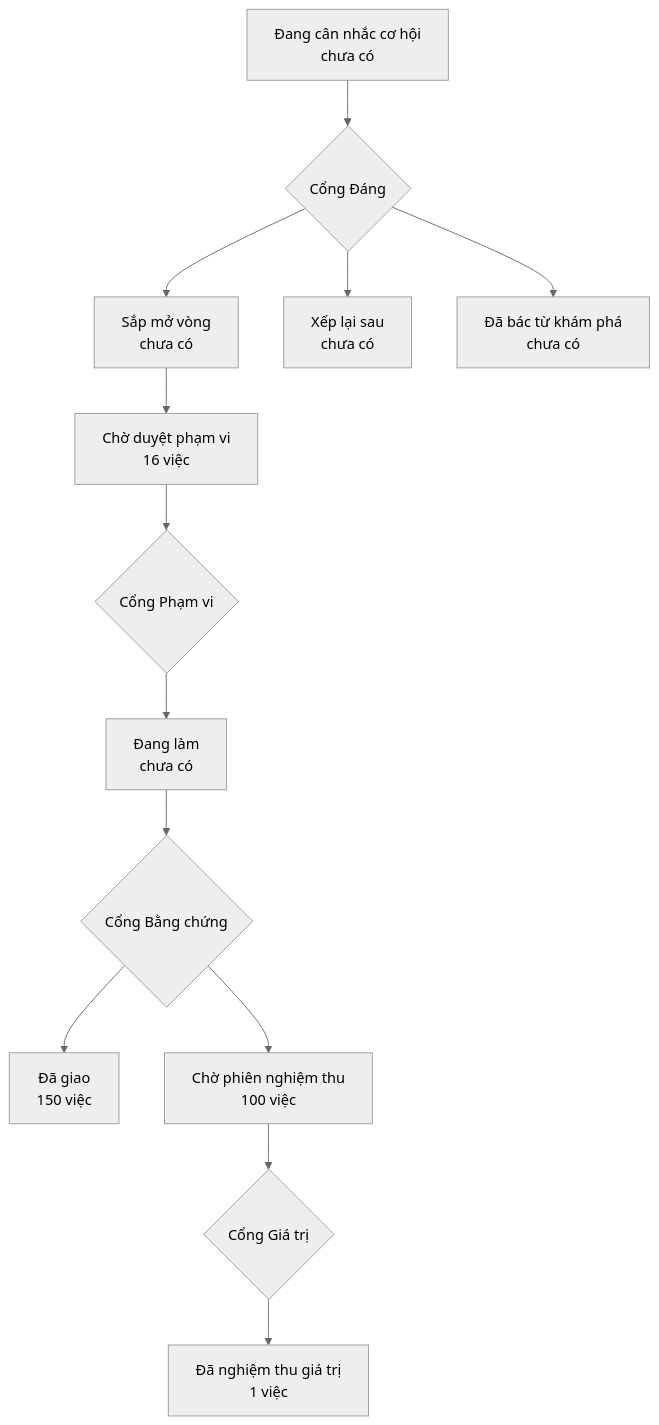
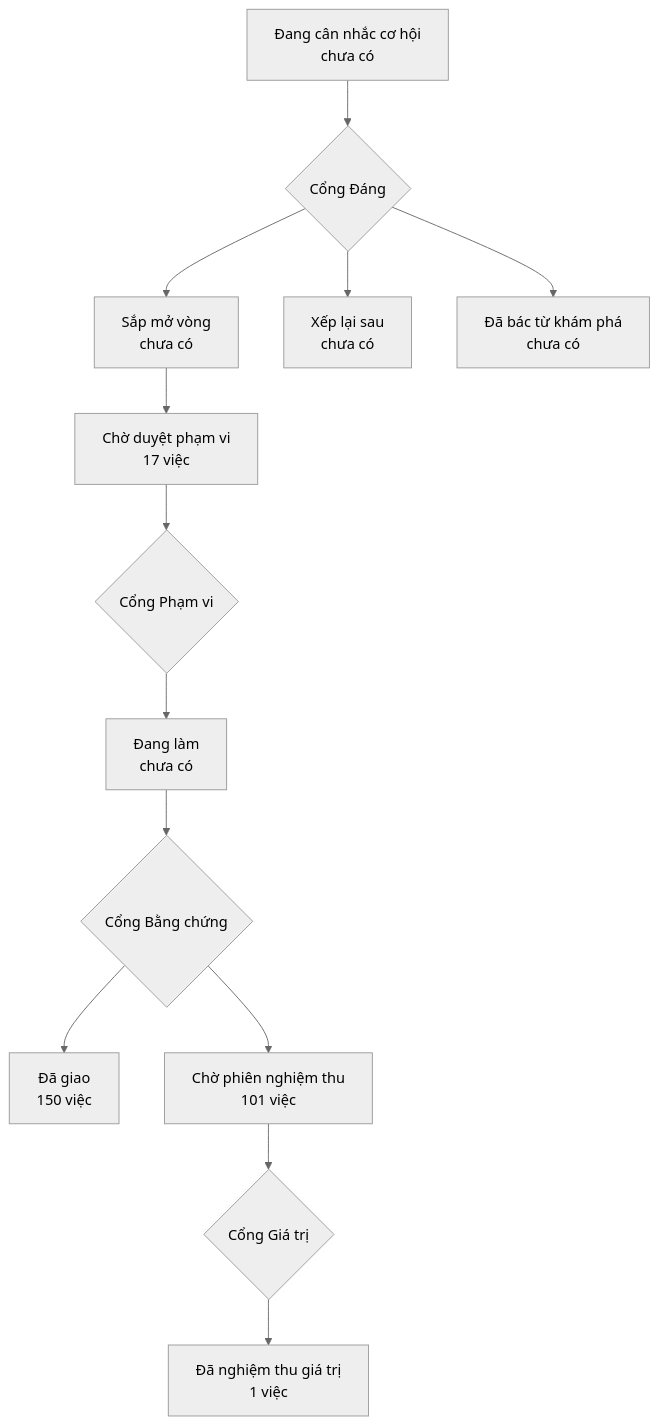
The diagram in PRODUCT-MAP.md (phanlemanh/onehub-invest), drawn with Mermaid (neutral theme) before and after one commit. The commit also changed other lines of this file and 1 other file, not shown here.

Commit message:
docs(acceptance): vẽ lại bản đồ sản phẩm sau khi gộp main

````diff
--- a/PRODUCT-MAP.md
+++ b/PRODUCT-MAP.md
@@ -7,12 +7,12 @@
 ```mermaid
 flowchart TD
   A["Đang cân nhắc cơ hội<br/>chưa có"] --> GD{"Cổng Đáng"}
   GD --> B["Sắp mở vòng<br/>chưa có"]
   GD --> XL["Xếp lại sau<br/>chưa có"]
   GD --> DB["Đã bác từ khám phá<br/>chưa có"]
-  B --> CD["Chờ duyệt phạm vi<br/>16 việc"] --> GP{"Cổng Phạm vi"}
+  B --> CD["Chờ duyệt phạm vi<br/>17 việc"] --> GP{"Cổng Phạm vi"}
   GP --> DL["Đang làm<br/>chưa có"] --> GB{"Cổng Bằng chứng"}
   GB --> DG["Đã giao<br/>150 việc"]
-  GB --> CN["Chờ phiên nghiệm thu<br/>100 việc"] --> GG{"Cổng Giá trị"}
+  GB --> CN["Chờ phiên nghiệm thu<br/>101 việc"] --> GG{"Cổng Giá trị"}
   GG --> NT["Đã nghiệm thu giá trị<br/>1 việc"]
 ```
````
